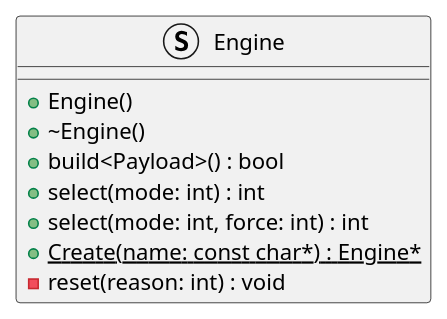
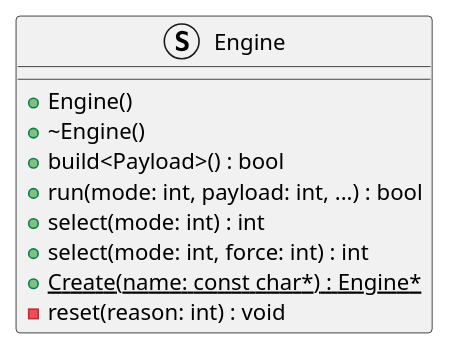
Before and after one commit to eclipse-score/tooling: the diagram in validation/core/integration_test/class_design_implementation/positive_method_features/class_diagram.puml, drawn with PlantUML. The commit also changed 7 other files, not shown here.

```diff
--- a/validation/core/integration_test/class_design_implementation/positive_method_features/class_diagram.puml
+++ b/validation/core/integration_test/class_design_implementation/positive_method_features/class_diagram.puml
@@ -14,14 +14,14 @@
 @startuml
 
 struct Engine {
     + Engine()
     + ~Engine()
     + build<Payload>() : bool
-    ' + run(mode: int, payload: int, ...) : bool
+    + run(mode: int, payload: int, ...) : bool
     + select(mode: int) : int
     + select(mode: int, force: int) : int
-    {static} + Create(name: const char*) : Engine*
+    + {static} Create(name: const char*) : Engine*
     - reset(reason: int) : void
 }
 
 @enduml
```
